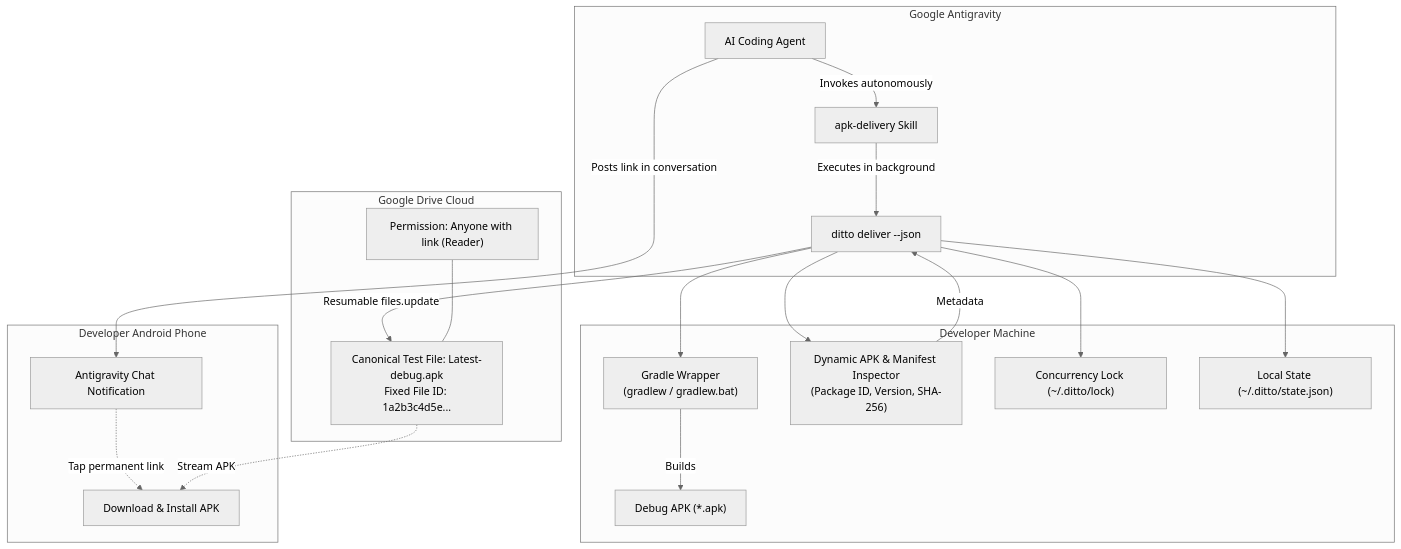
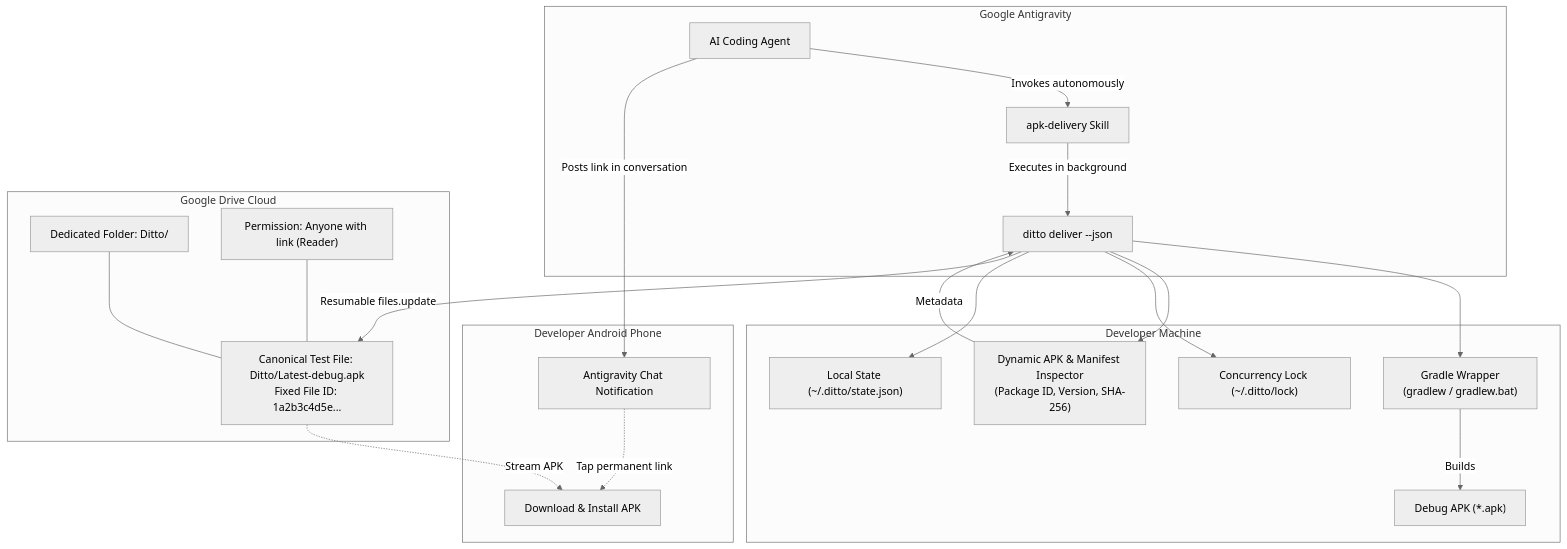
Before and after one commit to oviii-001/Ditto: the diagram in README.md, drawn with Mermaid (neutral theme). The commit also changed other lines of this file and 10 other files, not shown here.

Commit message:
feat(drive): store APKs inside dedicated Ditto folder with auto-migration

````diff
--- a/README.md
+++ b/README.md
@@ -51,30 +51,32 @@
 ```mermaid
 flowchart TD
     subgraph Antigravity["Google Antigravity"]
         Agent["AI Coding Agent"]
         Skill["apk-delivery Skill"]
         Agent -->|Invokes autonomously| Skill
         Skill -->|Executes in background| CLI["ditto deliver --json"]
     end
 
     subgraph Host["Developer Machine"]
         CLI --> Gradle["Gradle Wrapper\n(gradlew / gradlew.bat)"]
         Gradle -->|Builds| APK["Debug APK (*.apk)"]
         CLI --> Parser["Dynamic APK & Manifest Inspector\n(Package ID, Version, SHA-256)"]
         Parser -->|Metadata| CLI
         CLI --> Lock["Concurrency Lock (~/.ditto/lock)"]
         CLI --> State["Local State (~/.ditto/state.json)"]
     end
 
     subgraph GoogleDrive["Google Drive Cloud"]
-        DriveFile["Canonical Test File: Latest-debug.apk\nFixed File ID: 1a2b3c4d5e..."]
+        DriveFolder["Dedicated Folder: Ditto/"]
+        DriveFile["Canonical Test File: Ditto/Latest-debug.apk\nFixed File ID: 1a2b3c4d5e..."]
+        DriveFolder --- DriveFile
         CLI -->|Resumable files.update| DriveFile
         Perm["Permission: Anyone with link (Reader)"] --- DriveFile
     end
 
     subgraph Phone["Developer Android Phone"]
         Agent -->|Posts link in conversation| Chat["Antigravity Chat Notification"]
         Chat -.->|Tap permanent link| Download["Download & Install APK"]
         DriveFile -.->|Stream APK| Download
     end
 ```
````
